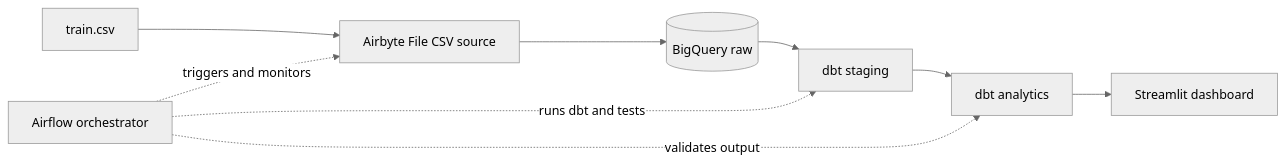
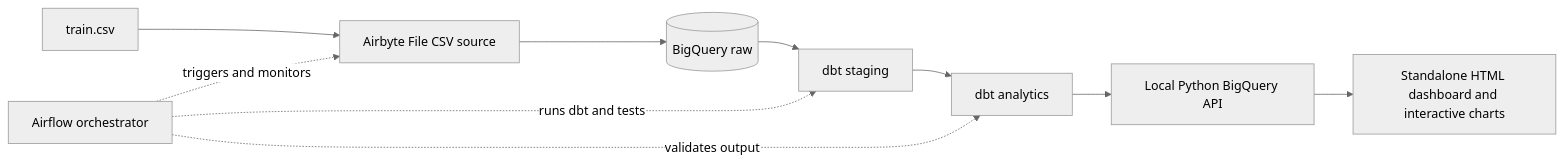
One commit to adil162006/cafetieria-foood-waste-monitoring changed the diagram in README.md. Above: the diagram before and after it, drawn with Mermaid (neutral theme). The commit also changed other lines of this file and 22 other files, not shown here.

````diff
--- a/README.md
+++ b/README.md
@@ -20,11 +20,12 @@
 ```mermaid
 flowchart LR
   CSV[train.csv] --> AB[Airbyte File CSV source]
   AB --> RAW[(BigQuery raw)]
   RAW --> STG[dbt staging]
   STG --> AN[dbt analytics]
-  AN --> UI[Streamlit dashboard]
+  AN --> API[Local Python BigQuery API]
+  API --> UI[Standalone HTML dashboard and interactive charts]
   AF[Airflow orchestrator] -. triggers and monitors .-> AB
   AF -. runs dbt and tests .-> STG
   AF -. validates output .-> AN
 ```
````
